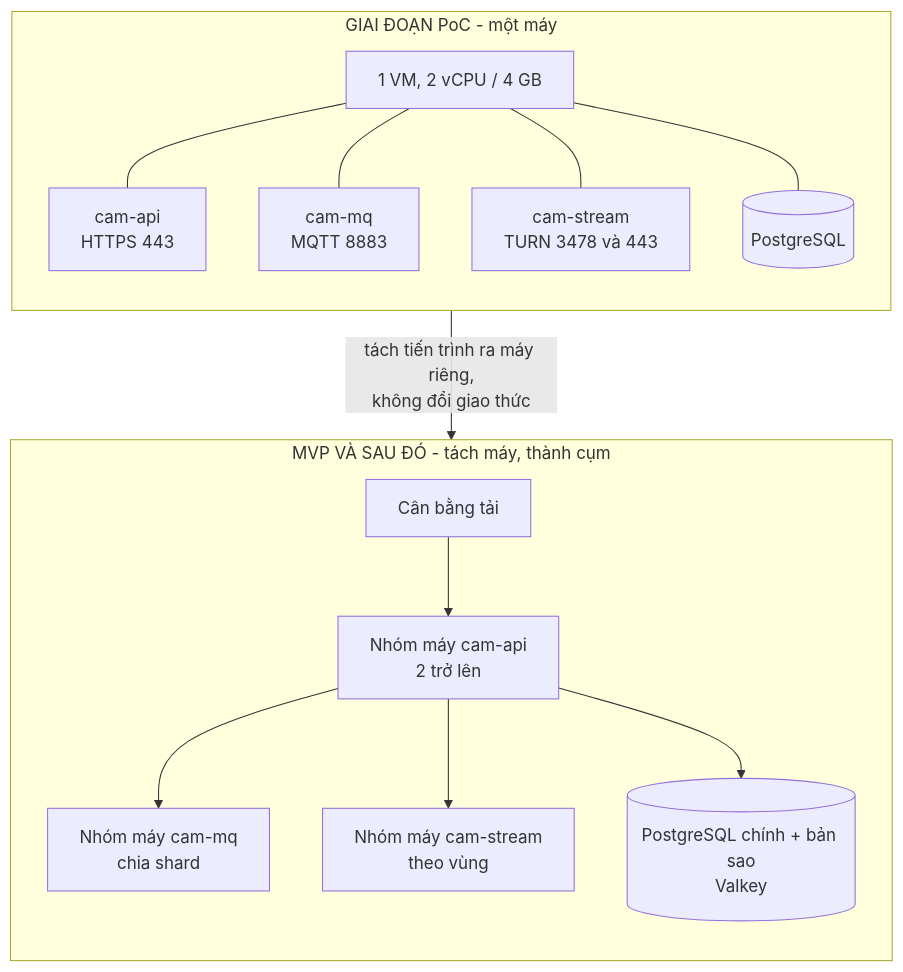
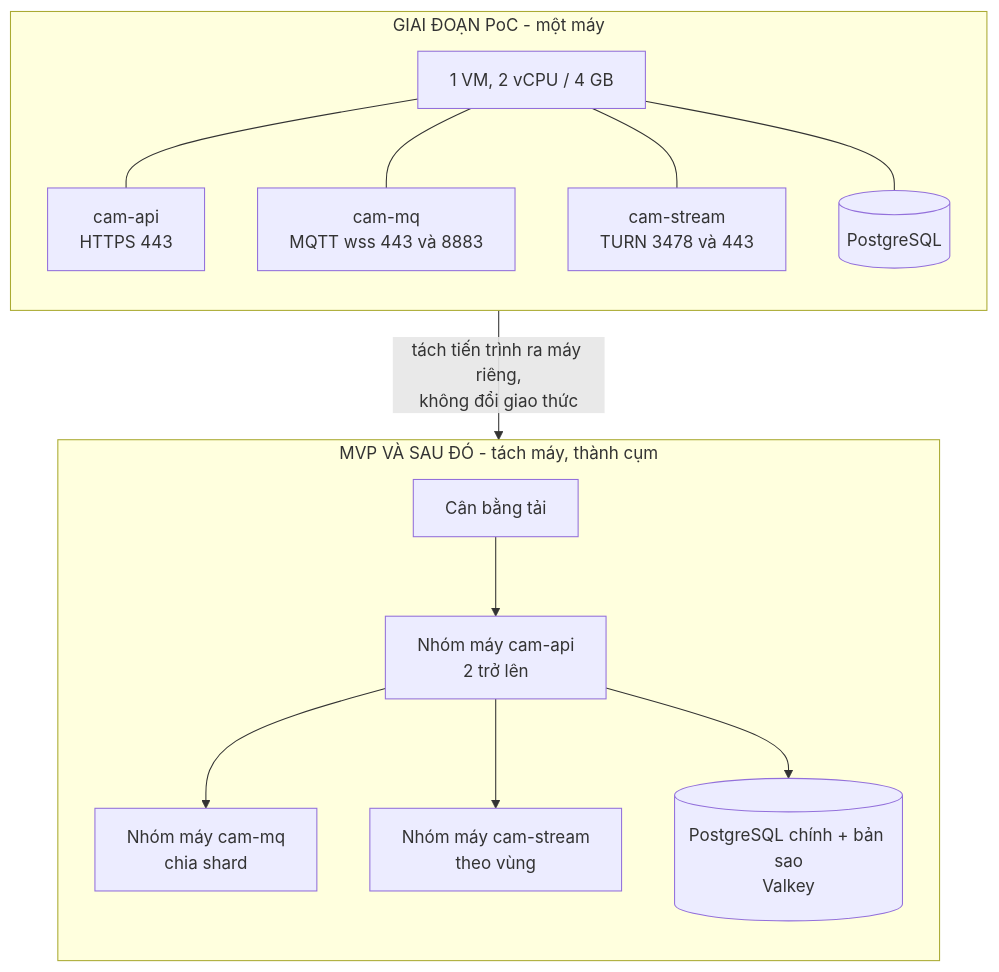
The seventh of 7 diagrams in docs/ARCHITECTURE.md (truongnhan0311/recam), drawn with Mermaid before and after one commit. The commit also changed other lines of this file and 6 other files, not shown here.

````diff
--- a/docs/ARCHITECTURE.md
+++ b/docs/ARCHITECTURE.md
@@ -327,28 +327,28 @@
 ```mermaid
 flowchart TB
     subgraph POC["GIAI ĐOẠN PoC - một máy"]
         direction TB
         VM["1 VM, 2 vCPU / 4 GB"]
         P1["cam-api<br/>HTTPS 443"]
-        P2["cam-mq<br/>MQTT 8883"]
+        P2["cam-mq<br/>MQTT wss 443 và 8883"]
         P3["cam-stream<br/>TURN 3478 và 443"]
         P4[("PostgreSQL")]
         VM --- P1
         VM --- P2
         VM --- P3
         VM --- P4
     end
     subgraph PROD["MVP VÀ SAU ĐÓ - tách máy, thành cụm"]
         direction TB
         L["Cân bằng tải"]
         G1["Nhóm máy cam-api<br/>2 trở lên"]
         G2["Nhóm máy cam-mq<br/>chia shard"]
         G3["Nhóm máy cam-stream<br/>theo vùng"]
         G4[("PostgreSQL chính + bản sao<br/>Valkey")]
         L --> G1
         G1 --> G2
         G1 --> G3
         G1 --> G4
     end
     POC -->|"tách tiến trình ra máy riêng,<br/>không đổi giao thức"| PROD
 ```
````
